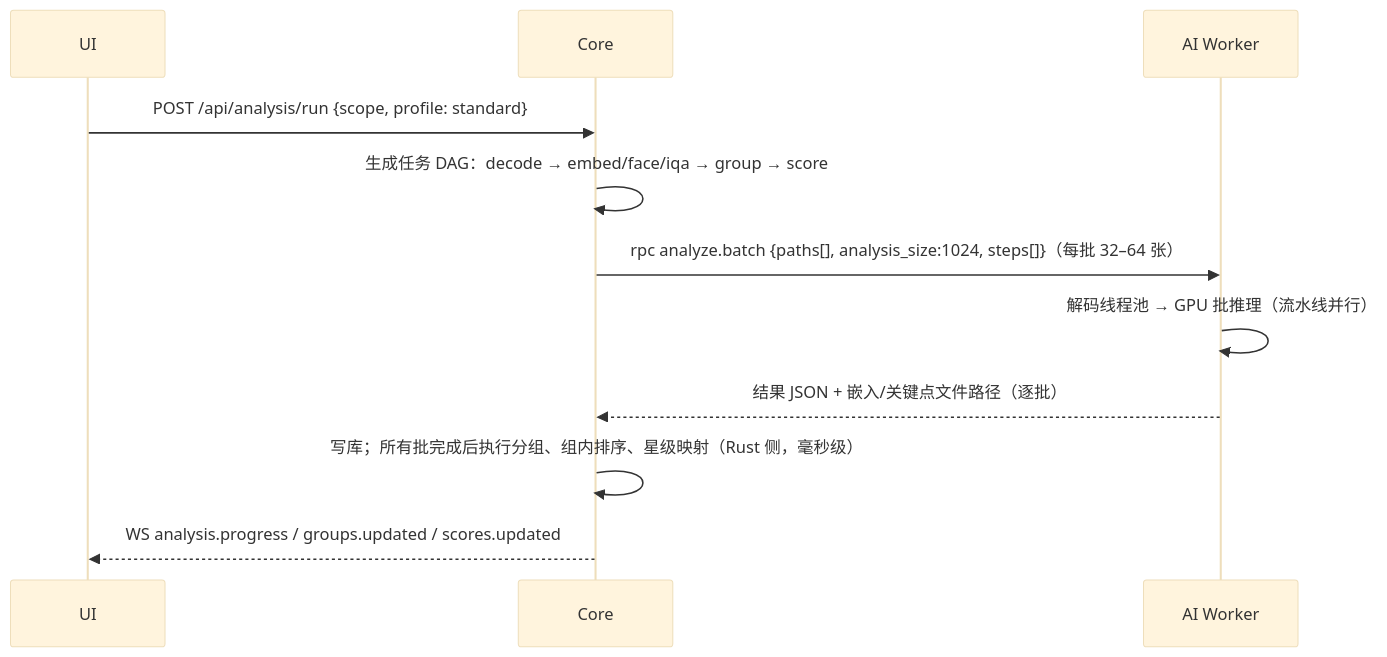
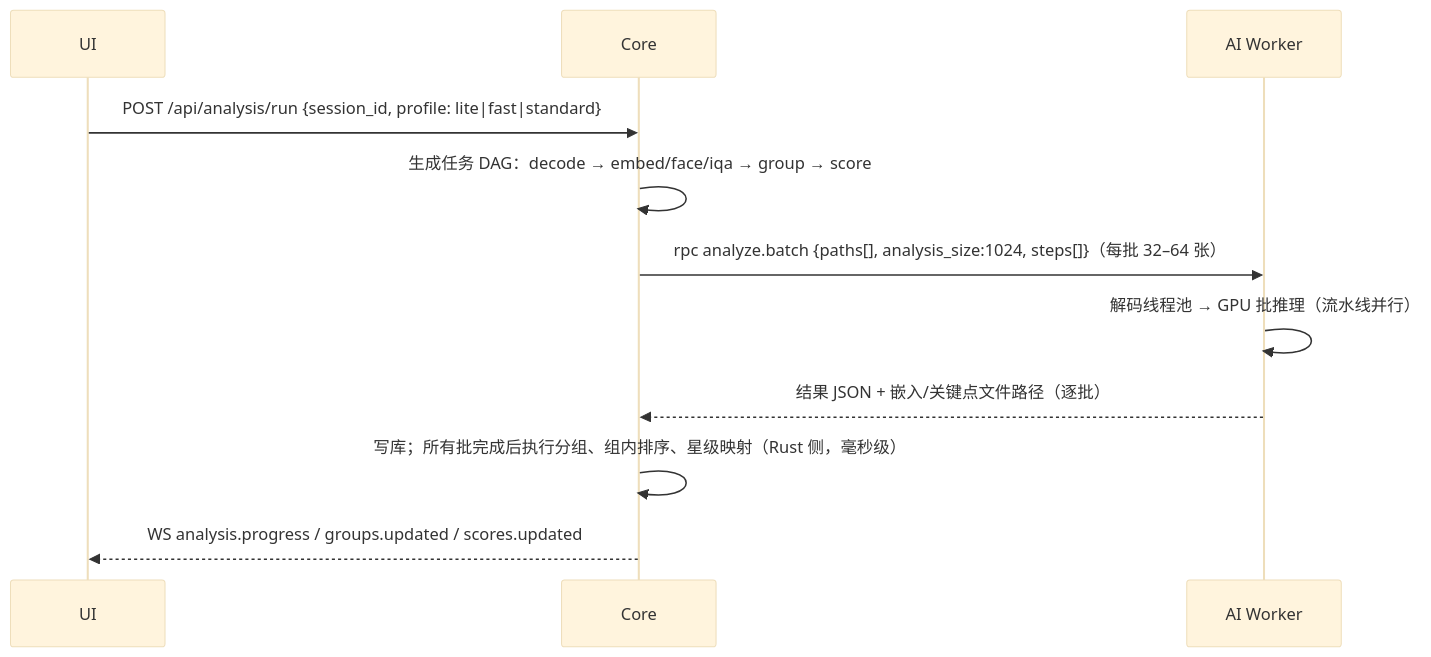
Before and after one commit to harveyxiacn/imagePicker: the third of 4 diagrams in docs/02-架构设计.md, drawn with Mermaid (base theme). The commit also changed other lines of this file and 12 other files, not shown here.

````diff
--- a/docs/02-架构设计.md
+++ b/docs/02-架构设计.md
@@ -166,13 +175,13 @@
 ```mermaid
 sequenceDiagram
     participant UI
     participant Core
     participant W as AI Worker
-    UI->>Core: POST /api/analysis/run {scope, profile: standard}
+    UI->>Core: POST /api/analysis/run {session_id, profile: lite|fast|standard}
     Core->>Core: 生成任务 DAG：decode → embed/face/iqa → group → score
     Core->>W: rpc analyze.batch {paths[], analysis_size:1024, steps[]}（每批 32–64 张）
     W->>W: 解码线程池 → GPU 批推理（流水线并行）
     W-->>Core: 结果 JSON + 嵌入/关键点文件路径（逐批）
     Core->>Core: 写库；所有批完成后执行分组、组内排序、星级映射（Rust 侧，毫秒级）
     Core-->>UI: WS analysis.progress / groups.updated / scores.updated
 ```
````
